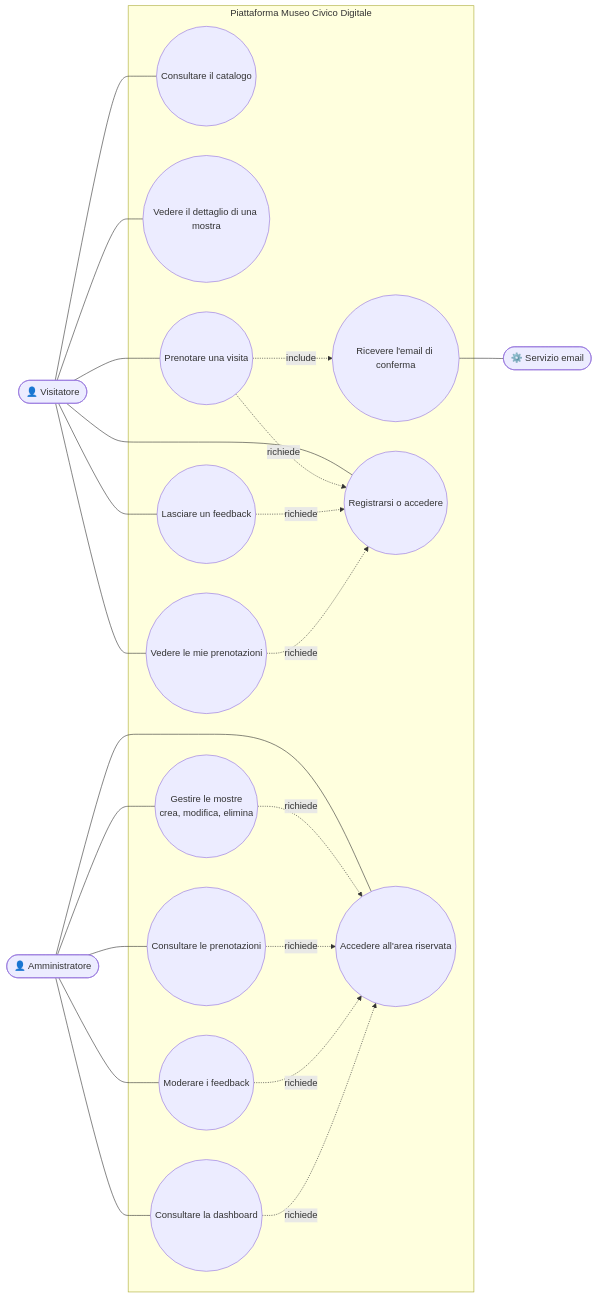
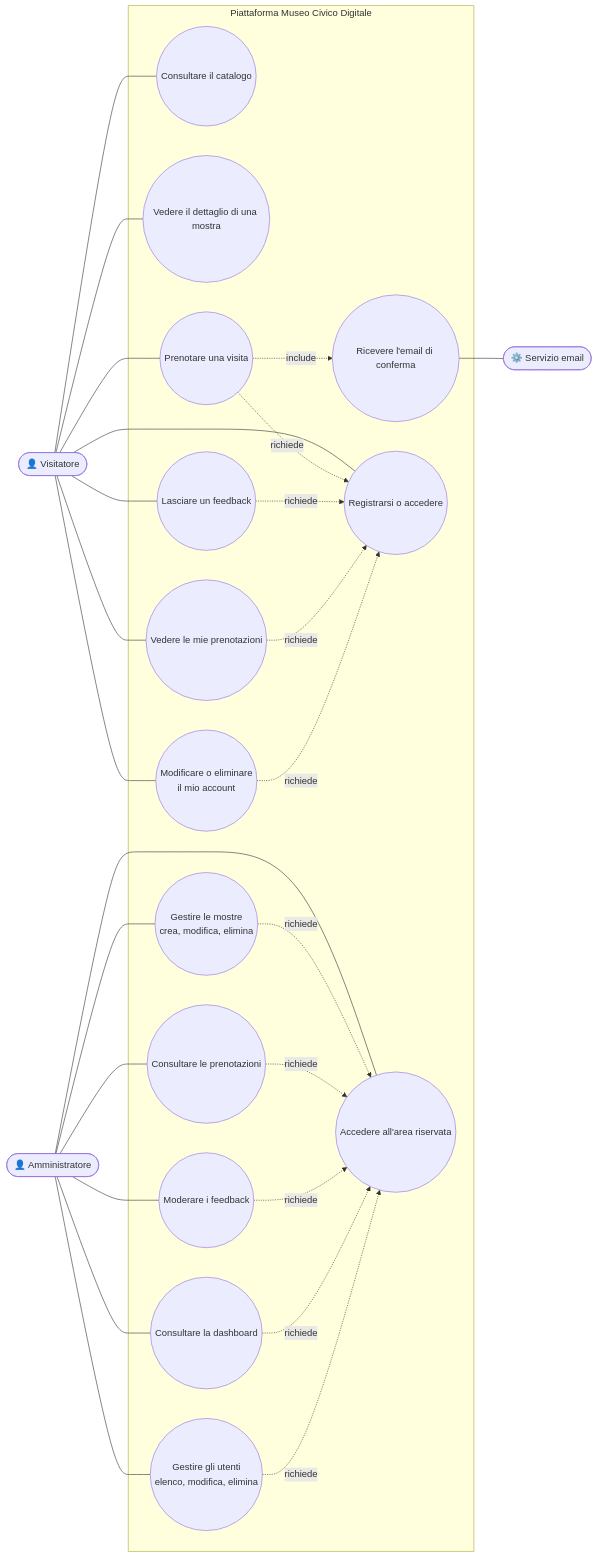
Before and after one commit to reverserob/museo-digitale-pw: the fifth of 9 diagrams in DOCUMENTATION.md, drawn with Mermaid. The commit also changed other lines of this file and 24 other files, not shown here.

````diff
--- a/DOCUMENTATION.md
+++ b/DOCUMENTATION.md
@@ -298,42 +300,48 @@
 ```mermaid
 flowchart LR
     V(["👤 Visitatore"])
     AM(["👤 Amministratore"])
     EM(["⚙️ Servizio email"])
 
     subgraph SYS["Piattaforma Museo Civico Digitale"]
         UC1(("Consultare il catalogo"))
         UC2(("Vedere il dettaglio di una mostra"))
         UC3(("Prenotare una visita"))
         UC4(("Ricevere l'email di conferma"))
         UC5(("Lasciare un feedback"))
         UC11(("Registrarsi o accedere"))
         UC12(("Vedere le mie prenotazioni"))
+        UC13(("Modificare o eliminare<br/>il mio account"))
         UC6(("Accedere all'area riservata"))
         UC7(("Gestire le mostre<br/>crea, modifica, elimina"))
         UC8(("Consultare le prenotazioni"))
         UC9(("Moderare i feedback"))
         UC10(("Consultare la dashboard"))
+        UC14(("Gestire gli utenti<br/>elenco, modifica, elimina"))
     end
 
     V --- UC1
     V --- UC2
     V --- UC3
     V --- UC5
     V --- UC11
     V --- UC12
+    V --- UC13
     UC3 -. "richiede" .-> UC11
     UC5 -. "richiede" .-> UC11
     UC12 -. "richiede" .-> UC11
+    UC13 -. "richiede" .-> UC11
     UC3 -. "include" .-> UC4
     UC4 --- EM
     AM --- UC6
     AM --- UC7
     AM --- UC8
     AM --- UC9
     AM --- UC10
+    AM --- UC14
     UC7 -. "richiede" .-> UC6
     UC8 -. "richiede" .-> UC6
     UC9 -. "richiede" .-> UC6
     UC10 -. "richiede" .-> UC6
+    UC14 -. "richiede" .-> UC6
 ```
````
